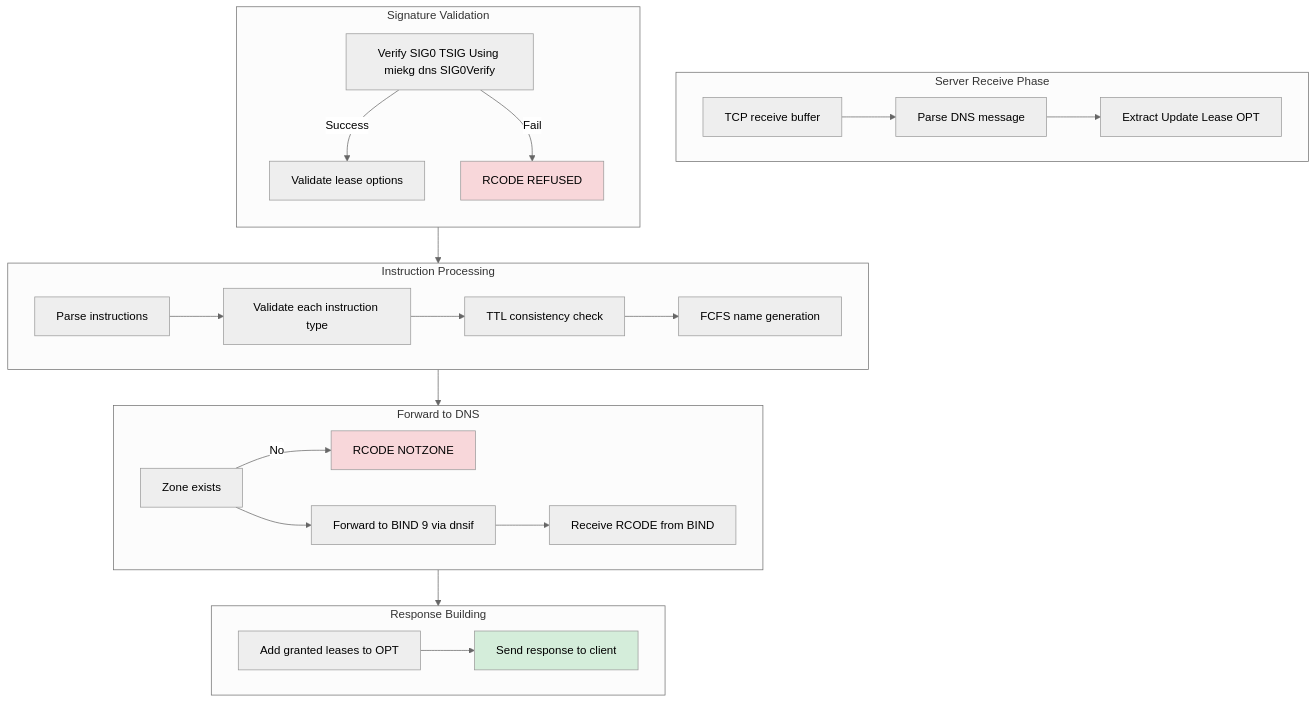
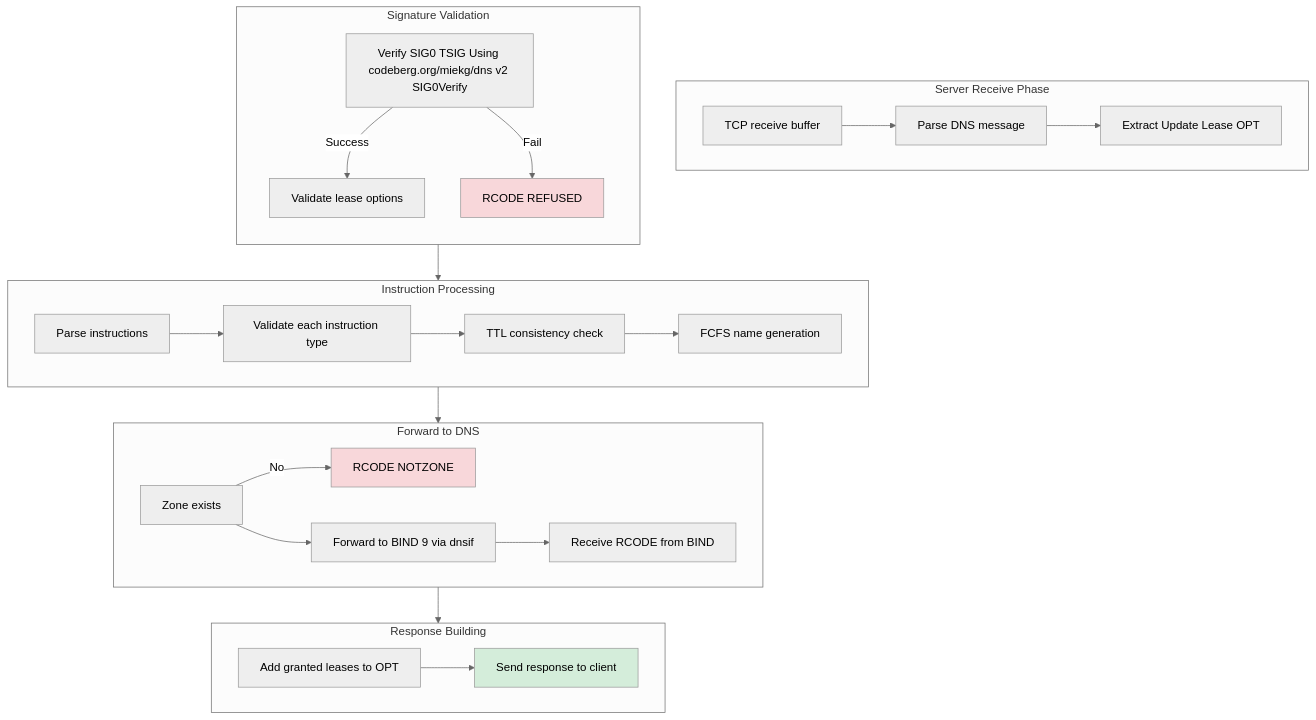
Before and after one commit to NetworkCommons/sig0lease: the seventh of 7 diagrams in diagrams/instruction-validation.md, drawn with Mermaid (neutral theme). The commit also changed 8 other files, not shown here.

Commit message:
Trying to address: - quotes miekg dns module v1 on github, should be v2 https://codeberg.org/miekg/dns for forward sustainability - mentions ECDSAP256SHA256 for SIG0 should be ED25519 keypairs for sig0namectl compat.

````diff
--- a/diagrams/instruction-validation.md
+++ b/diagrams/instruction-validation.md
@@ -208,43 +208,43 @@
 ```mermaid
 flowchart TD
     subgraph "Server Receive Phase"
         direction LR
         Rcv[TCP receive buffer] --> Parse[Parse DNS message]
         Parse --> ExtractLease[Extract Update Lease OPT]
     end
 
     subgraph "Signature Validation"
         direction TB
-        VerifySig[Verify SIG0 TSIG Using miekg dns SIG0Verify]
+         VerifySig[Verify SIG0 TSIG Using codeberg.org/miekg/dns v2 SIG0Verify]
         VerifySig -->|Success| ValOpt[Validate lease options]
         VerifySig -->|Fail| ErrAuth[RCODE REFUSED]
     end
 
     subgraph "Instruction Processing"
         direction LR
         ValOpt --> ParseInst[Parse instructions]
         ParseInst --> ValidateEach[Validate each instruction type]
 
         ValidateEach --> TTLCheck[TTL consistency check]
         TTLCheck --> FCFS[FCFS name generation]
     end
 
     subgraph "Forward to DNS"
         direction LR
         FCFS --> CheckZone[Zone exists]
         CheckZone -->|No| ErrZone[RCODE NOTZONE]
 
         CheckZone --> ForwardUpdate[Forward to BIND 9 via dnsif]
         ForwardUpdate --> RcvRcode[Receive RCODE from BIND]
     end
 
     subgraph "Response Building"
         direction LR
         RcvRcode --> AddLeaseOpt[Add granted leases to OPT]
         AddLeaseOpt --> SendResp[Send response to client]
     end
 
     style ErrAuth fill:#f8d7da
     style ErrZone fill:#f8d7da
     style SendResp fill:#d4edda
 ```
````
